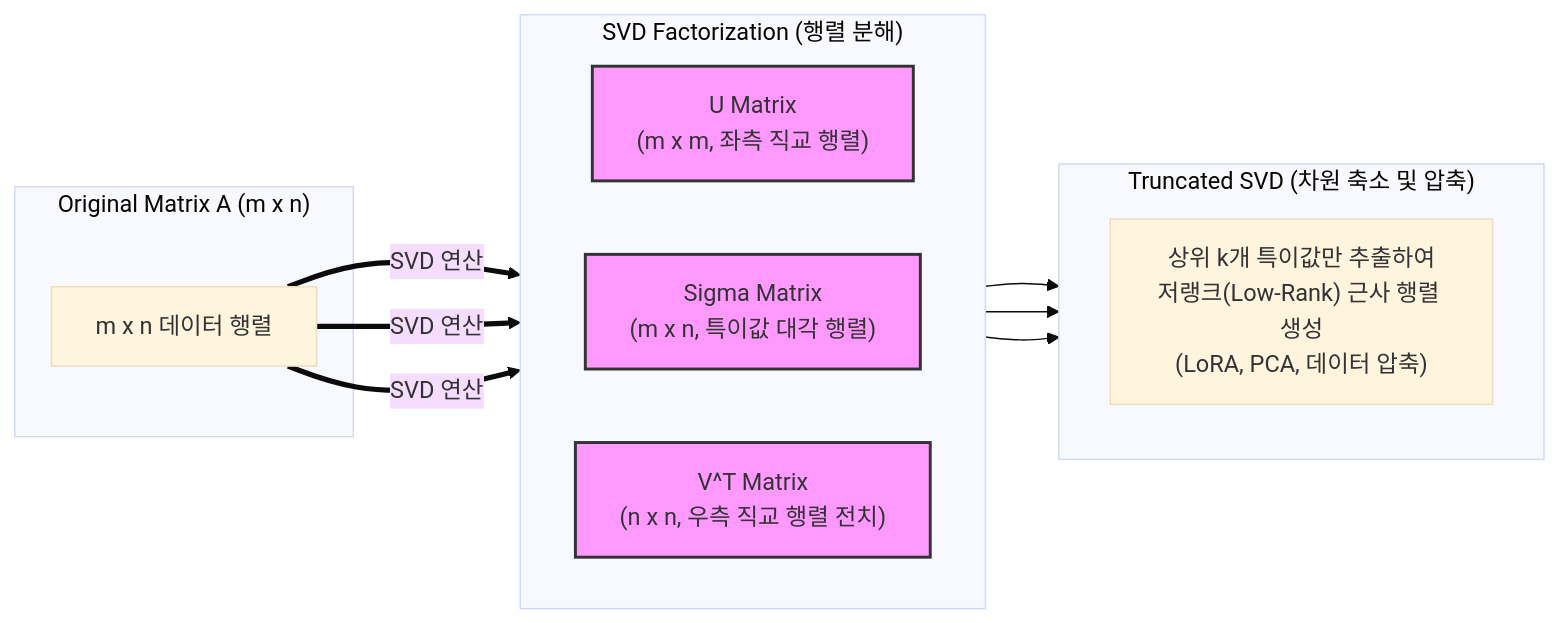
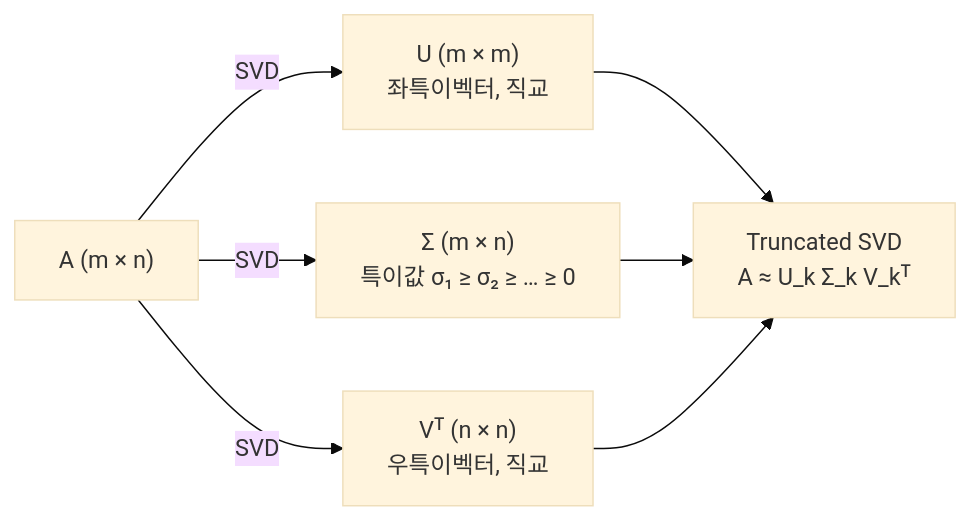
Before and after one commit to supremethumb/supremethumb.github.io: the diagram in content/01_IT Tech/SVD(Singular Value Decomposition).md, drawn with Mermaid (base theme). The commit also changed other lines of this file and 1087 other files, not shown here.

````diff
--- a/content/01_IT Tech/SVD(Singular Value Decomposition).md
+++ b/content/01_IT Tech/SVD(Singular Value Decomposition).md
@@ -27,30 +37,7 @@
 ```mermaid
 flowchart LR
-    subgraph Input["Original Matrix A (m x n)"]
-        A["m x n 데이터 행렬"]
-    end
-
-    subgraph SVD_Factors ["SVD Factorization (행렬 분해)"]
-        direction LR
-        U["U Matrix<br/>(m x m, 좌측 직교 행렬)"]
-        Sigma["Sigma Matrix<br/>(m x n, 특이값 대각 행렬)"]
-        Vt["V^T Matrix<br/>(n x n, 우측 직교 행렬 전치)"]
-    end
-
-    A ==>|SVD 연산| U
-    A ==>|SVD 연산| Sigma
-    A ==>|SVD 연산| Vt
-
-    subgraph Truncated ["Truncated SVD (차원 축소 및 압축)"]
-        Direction["상위 k개 특이값만 추출하여<br/>저랭크(Low-Rank) 근사 행렬 생성<br/>(LoRA, PCA, 데이터 압축)"]
-    end
-
-    U --> Truncated
-    Sigma --> Truncated
-    Vt --> Truncated
-
-    style U fill:#f9f,stroke:#333,stroke-width:2px
-    style Sigma fill:#f9f,stroke:#333,stroke-width:2px
-    style Vt fill:#f9f,stroke:#333,stroke-width:2px
-
+    A["A (m × n)"] -- "SVD" --> U["U (m × m)<br/>좌특이벡터, 직교"]
+    A -- "SVD" --> S["Σ (m × n)<br/>특이값 σ₁ ≥ σ₂ ≥ … ≥ 0"]
+    A -- "SVD" --> V["Vᵀ (n × n)<br/>우특이벡터, 직교"]
+    U & S & V --> T["Truncated SVD<br/>A ≈ U_k Σ_k V_kᵀ"]
 ```
````
